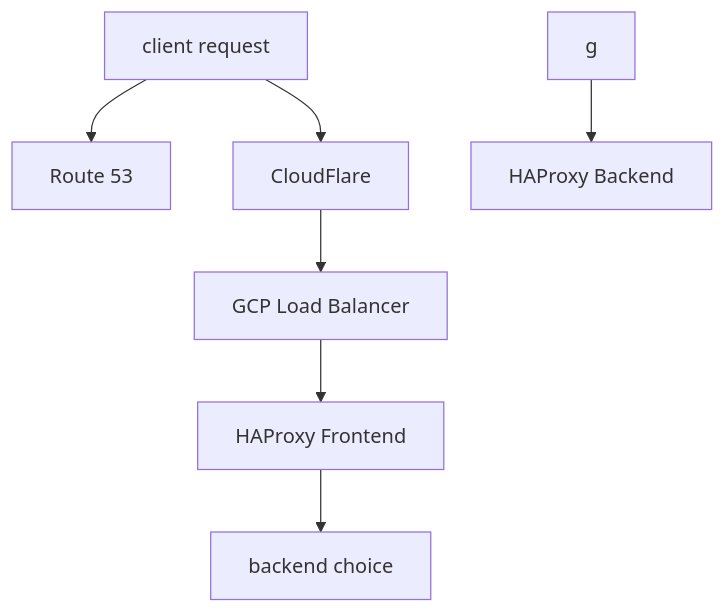
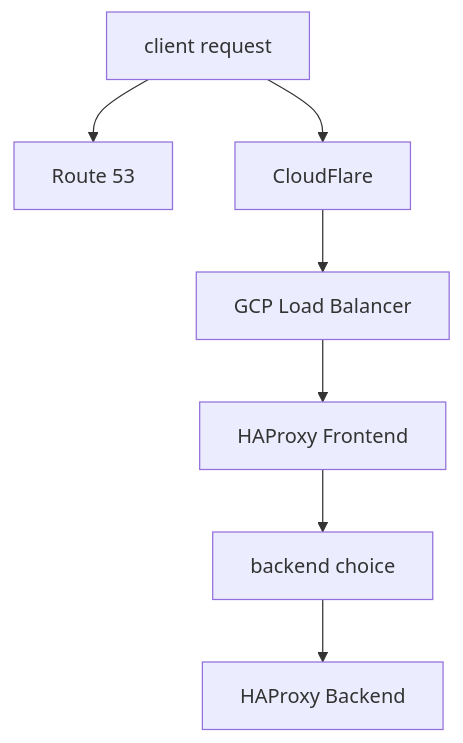
Before and after one commit to mattrussi/gitlab-com-runbooks: the first of 2 diagrams in docs/frontend/haproxy.md, drawn with Mermaid.

Commit message:
minor correction of haproxy mermaid diagram

````diff
--- a/docs/frontend/haproxy.md
+++ b/docs/frontend/haproxy.md
@@ -30,10 +30,10 @@
 ```mermaid
 graph TB
 
 a[client request] --> b[Route 53]
 a --> c[CloudFlare]
 c --> d[GCP Load Balancer]
 d --> e[HAProxy Frontend]
 e --> f[backend choice]
-g --> h[HAProxy Backend]
+f --> g[HAProxy Backend]
 ```
````
